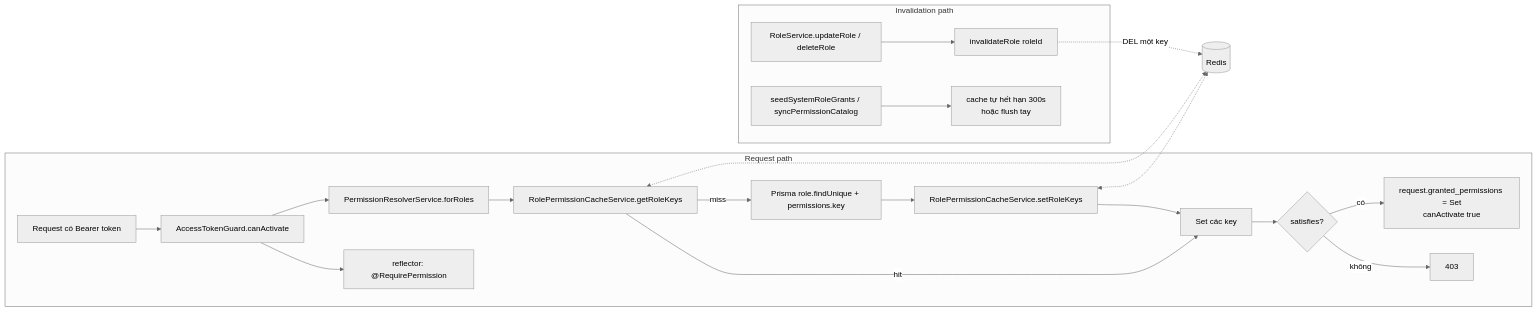
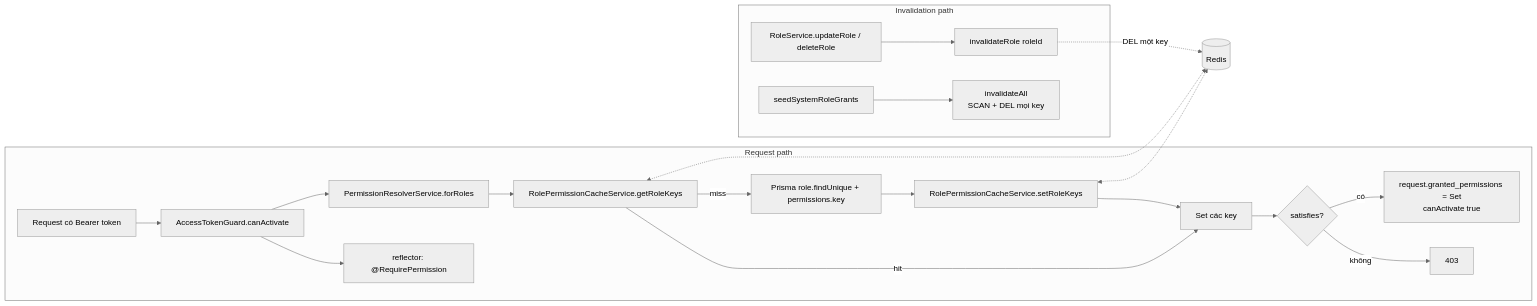
Before and after one commit to dangxuanthangqt/ecom: the first of 3 diagrams in docs/redis-role-permission-cache.md, drawn with Mermaid (neutral theme). The commit also changed other lines of this file and 19 other files, not shown here.

````diff
--- a/docs/redis-role-permission-cache.md
+++ b/docs/redis-role-permission-cache.md
@@ -23,25 +23,25 @@
 ```mermaid
 flowchart LR
     subgraph Request path
         A[Request có Bearer token] --> B[AccessTokenGuard.canActivate]
         B --> C[reflector: @RequirePermission]
         B --> D[PermissionResolverService.forRoles]
         D --> E[RolePermissionCacheService.getRoleKeys]
         E -->|hit| F[Set các key]
         E -->|miss| G[Prisma role.findUnique + permissions.key]
         G --> H[RolePermissionCacheService.setRoleKeys]
         H --> F
         F --> I{satisfies?}
         I -->|không| J[403]
         I -->|có| K[request.granted_permissions = Set<br/>canActivate true]
     end
 
     subgraph Invalidation path
         L[RoleService.updateRole / deleteRole] --> M[invalidateRole roleId]
-        N[seedSystemRoleGrants / syncPermissionCatalog] --> O[cache tự hết hạn 300s<br/>hoặc flush tay]
+        N[seedSystemRoleGrants] --> O[invalidateAll<br/>SCAN + DEL mọi key]
     end
 
     M -.DEL một key.-> Redis[(Redis)]
     E <-.-> Redis
     H <-.-> Redis
 ```
````
